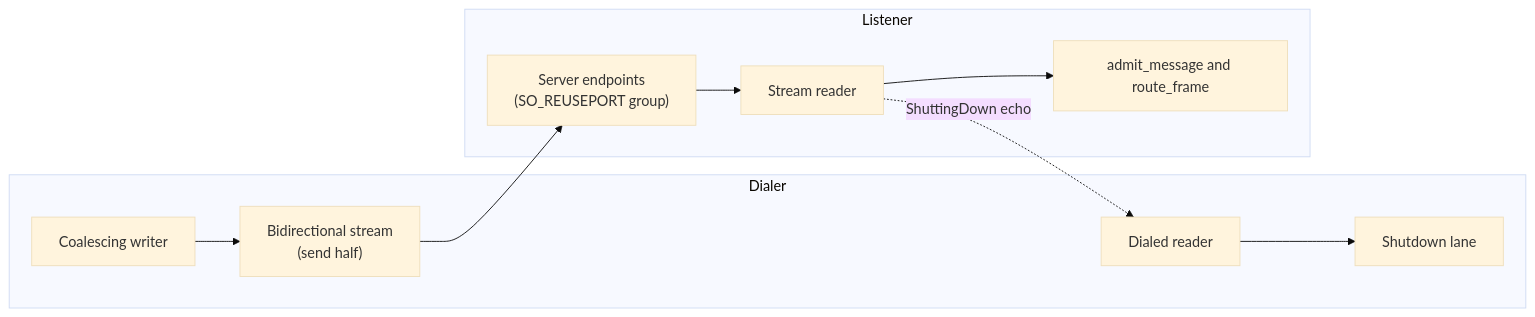
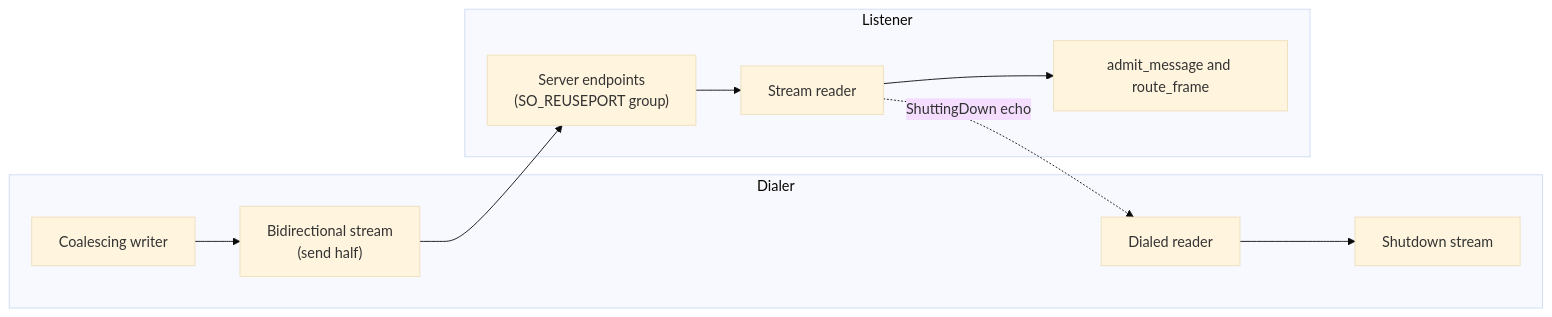
Before and after one commit to ai-dynamo/velo: the diagram in docs/src/concepts/transports.md, drawn with Mermaid (base theme). The commit also changed other lines of this file and 23 other files, not shown here.

````diff
--- a/docs/src/concepts/transports.md
+++ b/docs/src/concepts/transports.md
@@ -63,13 +64,13 @@
 ```mermaid
 graph LR
     subgraph Dialer
         W[Coalescing writer] --> S["Bidirectional stream<br>(send half)"]
-        R[Dialed reader] --> A1[Shutdown lane]
+        R[Dialed reader] --> A1[Shutdown stream]
     end
     subgraph Listener
         E["Server endpoints<br>(SO_REUSEPORT group)"] --> F[Stream reader]
         F --> AD[admit_message and route_frame]
         F -. "ShuttingDown echo" .-> R
     end
     S --> E
 ```
````
